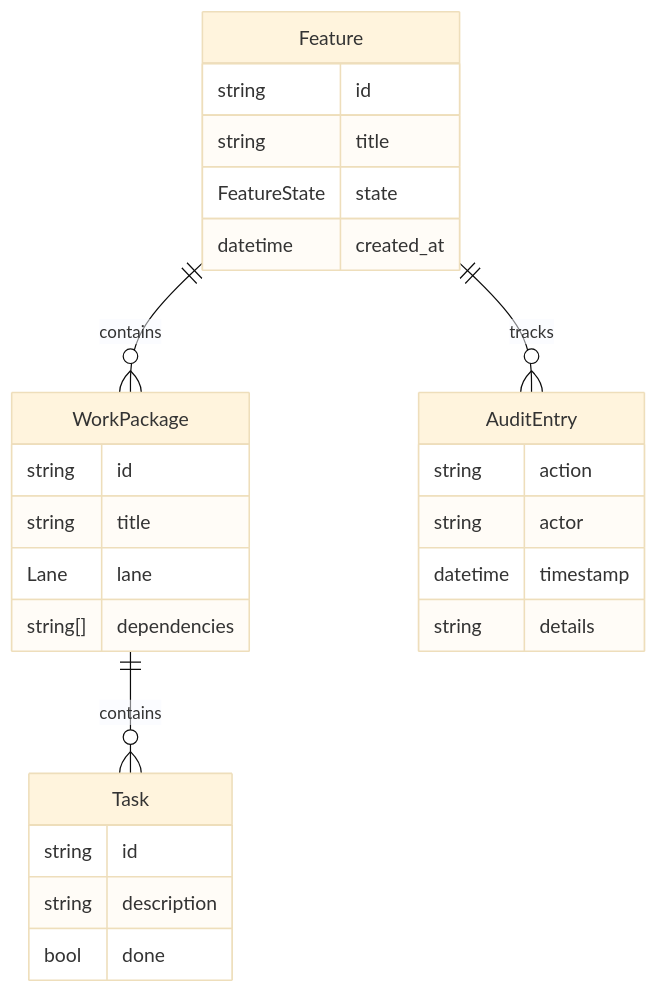
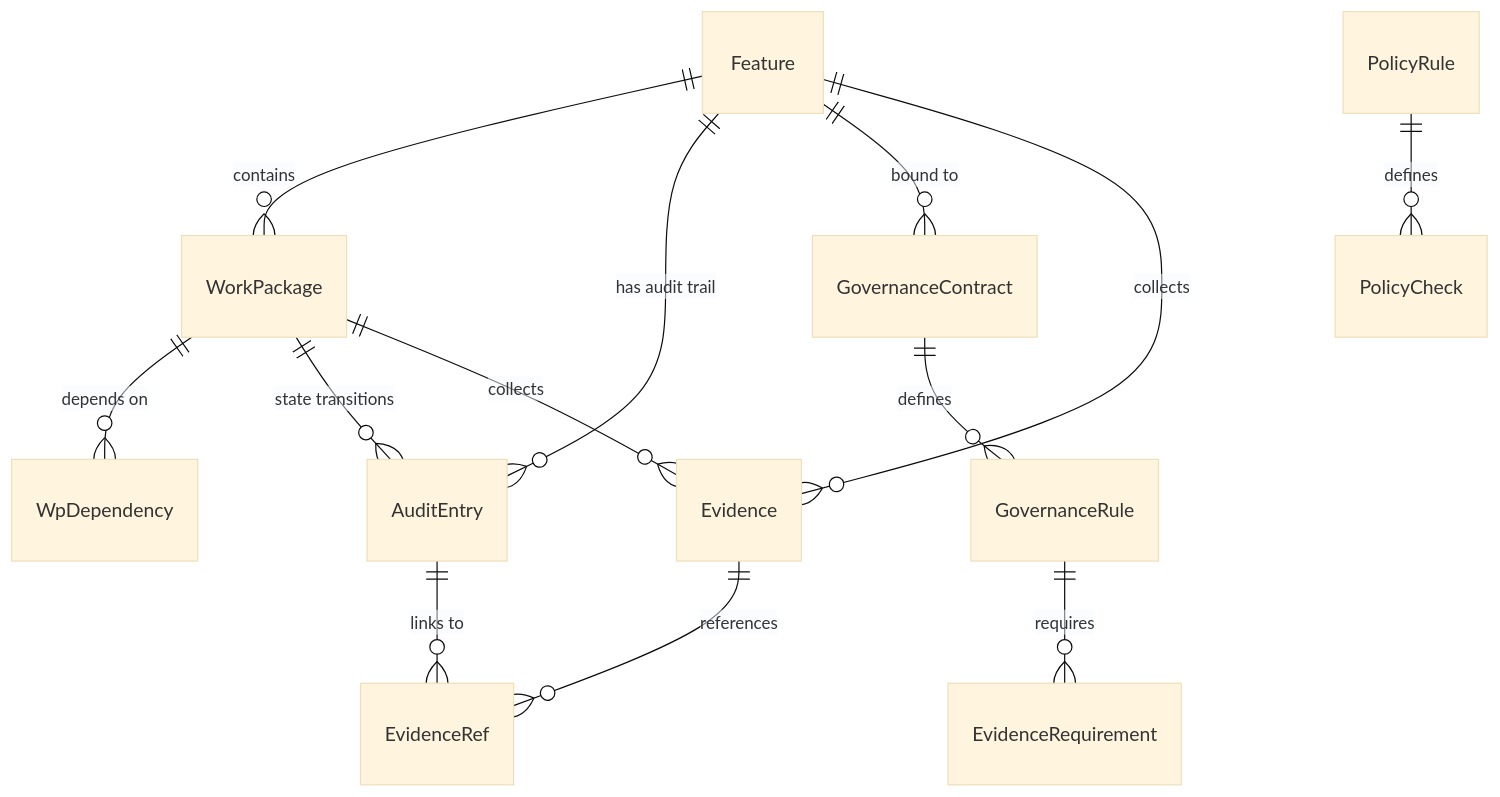
The diagram in docs/architecture/domain-model.md (KooshaPari/AgilePlus), drawn with Mermaid (base theme) before and after one commit. The commit also changed other lines of this file and 47 other files, not shown here.

First line of the commit message:
docs: expand all 50+ doc pages with comprehensive content, mermaid diagrams

````diff
--- a/docs/architecture/domain-model.md
+++ b/docs/architecture/domain-model.md
@@ -11,29 +11,18 @@
 ```mermaid
 erDiagram
     Feature ||--o{ WorkPackage : contains
-    Feature ||--o{ AuditEntry : tracks
-    Feature {
-        string id
-        string title
-        FeatureState state
-        datetime created_at
-    }
-    WorkPackage ||--o{ Task : contains
-    WorkPackage {
-        string id
-        string title
-        Lane lane
-        string[] dependencies
-    }
-    Task {
-        string id
-        string description
-        bool done
-    }
-    AuditEntry {
-        string action
-        string actor
-        datetime timestamp
-        string details
-    }
+    Feature ||--o{ AuditEntry : "has audit trail"
+    Feature ||--o{ GovernanceContract : "bound to"
+    Feature ||--o{ Evidence : "collects"
+
+    WorkPackage ||--o{ WpDependency : "depends on"
+    WorkPackage ||--o{ AuditEntry : "state transitions"
+    WorkPackage ||--o{ Evidence : "collects"
+
+    GovernanceContract ||--o{ GovernanceRule : "defines"
+    GovernanceRule ||--o{ EvidenceRequirement : "requires"
+
+    PolicyRule ||--o{ PolicyCheck : "defines"
+    Evidence ||--o{ EvidenceRef : "references"
+    AuditEntry ||--o{ EvidenceRef : "links to"
 ```
````
